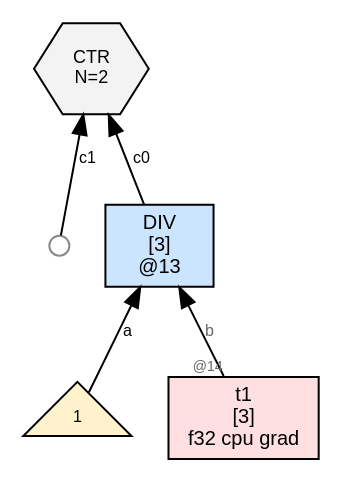
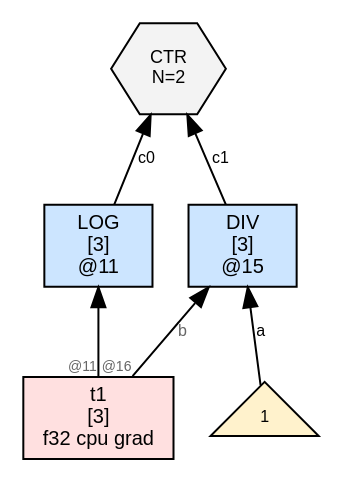
Before and after one commit to sw1sh/TinyHVM: the diagram in wl/examples/thvm_graphs/grad_rules/log/thvm_2_post_sweep.dot, drawn with Graphviz. The commit also changed 193 other files, not shown here.

```diff
--- a/wl/examples/thvm_graphs/grad_rules/log/thvm_2_post_sweep.dot
+++ b/wl/examples/thvm_graphs/grad_rules/log/thvm_2_post_sweep.dot
@@ -1,15 +1,16 @@
 digraph G {
   rankdir=BT;
   node [fontname="Helvetica", fontsize=10, style=filled, shape=box, margin="0.1,0.05"];
   edge [fontsize=8, fontname="Helvetica"];
 
-  n13 [label="DIV\n[3]\n@13", shape=box, fillcolor="#cce5ff"];
-  num13_0 [label="1",shape=triangle,fillcolor="#fff2cc",fontsize=8];
-  num13_0 -> n13 [label="a"];
+  n11 [label="LOG\n[3]\n@11", shape=box, fillcolor="#cce5ff"];
   t1 [label="t1\n[3]\nf32 cpu grad",shape=box,fillcolor="#ffe0e0"];
-  t1 -> n13 [label="b",taillabel="@14",labelfontsize=7,fontcolor="#666666"];
-  ctr7 [label="CTR\nN=2", shape=hexagon, fillcolor="#f3f3f3", fontsize=9];
-  n13 -> ctr7 [label="c0"];
-  free7_1 [label="",shape=circle,width=0.14,height=0.14,fixedsize=true,fillcolor="#ffffff",color="#888888",fontsize=1];
-  free7_1 -> ctr7 [label="c1"];
+  t1 -> n11 [label="",taillabel="@11",labelfontsize=7,fontcolor="#666666"];
+  n15 [label="DIV\n[3]\n@15", shape=box, fillcolor="#cce5ff"];
+  num15_0 [label="1",shape=triangle,fillcolor="#fff2cc",fontsize=8];
+  num15_0 -> n15 [label="a"];
+  t1 -> n15 [label="b",taillabel="@16",labelfontsize=7,fontcolor="#666666"];
+  ctr8 [label="CTR\nN=2", shape=hexagon, fillcolor="#f3f3f3", fontsize=9];
+  n11 -> ctr8 [label="c0"];
+  n15 -> ctr8 [label="c1"];
 }
```
